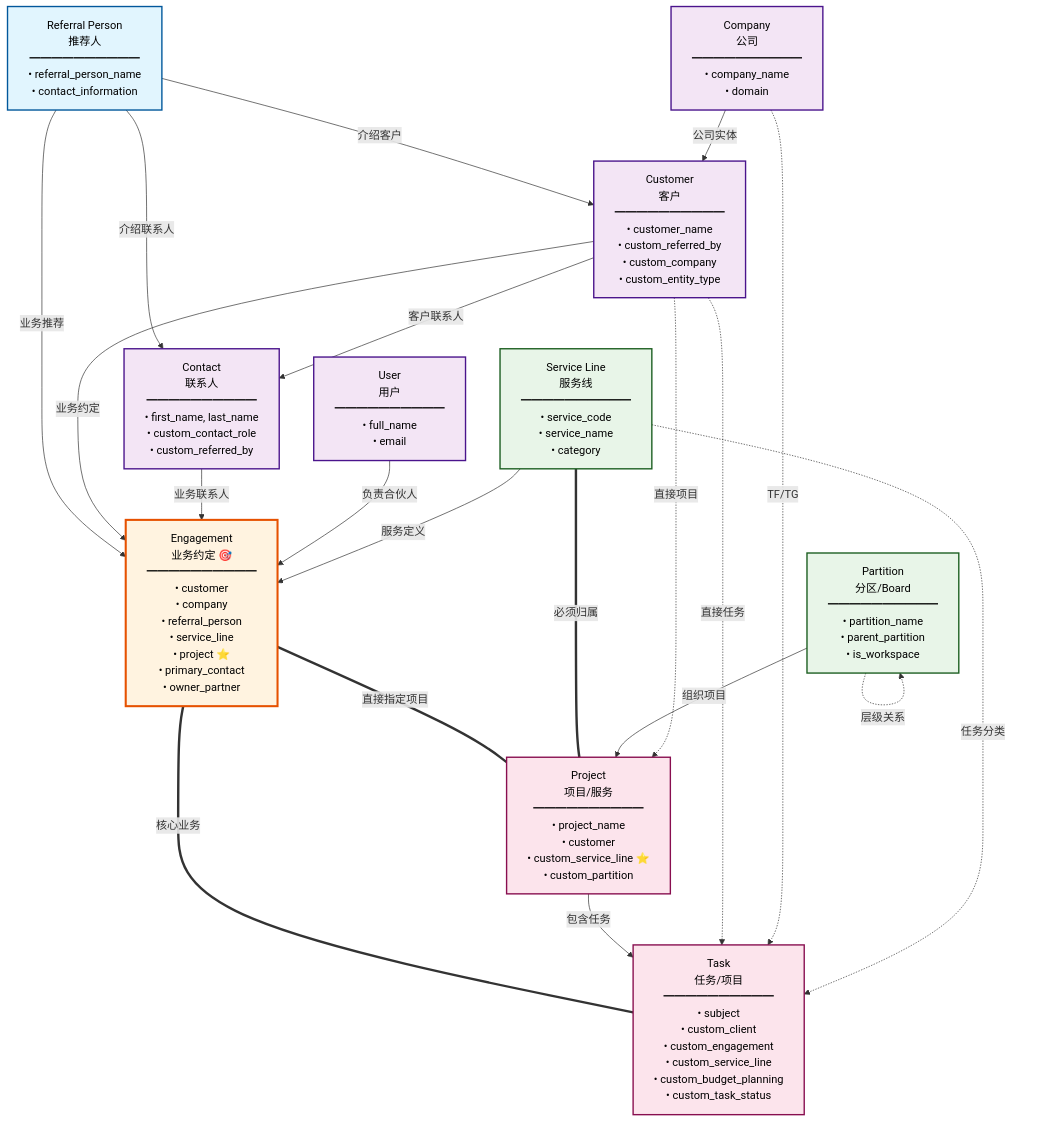
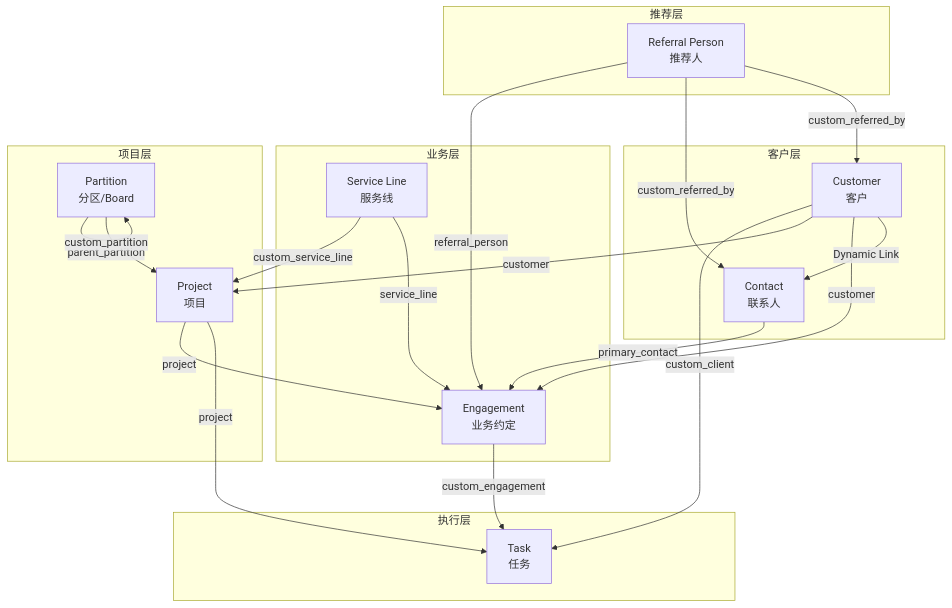
The first of 9 diagrams in smart_accounting_data_architecture.md (Top-Figures-Business-Solution-Pty-Ltd/Smart-Accounting-SaaS-Platform), drawn with Mermaid before and after one commit. The commit also changed other lines of this file, not shown here.

Commit message:
5th update: flowcharts have been drawn

````diff
--- a/smart_accounting_data_architecture.md
+++ b/smart_accounting_data_architecture.md
@@ -5,75 +5,54 @@
 ```mermaid
-flowchart TD
-    %% 定义样式
-    classDef referralClass fill:#e1f5fe,stroke:#01579b,stroke-width:2px,color:#000
-    classDef customerClass fill:#f3e5f5,stroke:#4a148c,stroke-width:2px,color:#000
-    classDef engagementClass fill:#fff3e0,stroke:#e65100,stroke-width:3px,color:#000
-    classDef serviceClass fill:#e8f5e8,stroke:#1b5e20,stroke-width:2px,color:#000
-    classDef executionClass fill:#fce4ec,stroke:#880e4f,stroke-width:2px,color:#000
+flowchart TB
+    subgraph 推荐层
+        RP[Referral Person<br/>推荐人]
+    end
     
-    %% 第一层：推荐源头
-    RP[Referral Person<br/>推荐人<br/>━━━━━━━━━━<br/>• referral_person_name<br/>• contact_information]
+    subgraph 客户层
+        CUS[Customer<br/>客户]
+        CON[Contact<br/>联系人]
+    end
     
-    %% 第二层：客户和联系人
-    CUS[Customer<br/>客户<br/>━━━━━━━━━━<br/>• customer_name<br/>• custom_referred_by<br/>• custom_company<br/>• custom_entity_type]
+    subgraph 业务层
+        ENG[Engagement<br/>业务约定]
+        SL[Service Line<br/>服务线]
+    end
     
-    CON[Contact<br/>联系人<br/>━━━━━━━━━━<br/>• first_name, last_name<br/>• custom_contact_role<br/>• custom_referred_by]
+    subgraph 项目层
+        PAR[Partition<br/>分区/Board]
+        PRO[Project<br/>项目]
+    end
     
-    COMP[Company<br/>公司<br/>━━━━━━━━━━<br/>• company_name<br/>• domain]
+    subgraph 执行层
+        TASK[Task<br/>任务]
+    end
     
-    USER[User<br/>用户<br/>━━━━━━━━━━<br/>• full_name<br/>• email]
+    %% Referral Person 关系
+    RP -->|custom_referred_by| CUS
+    RP -->|custom_referred_by| CON
+    RP -->|referral_person| ENG
     
-    %% 第三层：业务约定（核心枢纽）
-    ENG[Engagement<br/>业务约定 🎯<br/>━━━━━━━━━━<br/>• customer<br/>• company<br/>• referral_person<br/>• service_line<br/>• project ⭐<br/>• primary_contact<br/>• owner_partner]
+    %% Customer 关系
+    CUS -->|Dynamic Link| CON
+    CUS -->|customer| ENG
+    CUS -->|customer| PRO
+    CUS -->|custom_client| TASK
     
-    %% 第四层：服务组织
-    SL[Service Line<br/>服务线<br/>━━━━━━━━━━<br/>• service_code<br/>• service_name<br/>• category]
+    %% Contact 关系
+    CON -->|primary_contact| ENG
     
-    PAR[Partition<br/>分区/Board<br/>━━━━━━━━━━<br/>• partition_name<br/>• parent_partition<br/>• is_workspace]
+    %% Service Line 关系
+    SL -->|service_line| ENG
+    SL -->|custom_service_line| PRO
     
-    %% 第五层：项目执行
-    PRO[Project<br/>项目/服务<br/>━━━━━━━━━━<br/>• project_name<br/>• customer<br/>• custom_service_line ⭐<br/>• custom_partition]
+    %% Partition 关系
+    PAR -->|parent_partition| PAR
+    PAR -->|custom_partition| PRO
     
-    %% 第六层：任务执行
-    TASK[Task<br/>任务/项目<br/>━━━━━━━━━━<br/>• subject<br/>• custom_client<br/>• custom_engagement<br/>• custom_service_line<br/>• custom_budget_planning<br/>• custom_task_status]
+    %% Project 关系
+    PRO -->|project| TASK
+    PRO -->|project| ENG
     
-    %% 推荐流程 - 蓝色
-    RP -->|介绍客户| CUS
-    RP -->|介绍联系人| CON
-    RP -->|业务推荐| ENG
-    
-    %% 客户管理 - 紫色
-    COMP -->|公司实体| CUS
-    CUS -->|客户联系人| CON
-    CUS -->|业务约定| ENG
-    CON -->|业务联系人| ENG
-    USER -->|负责合伙人| ENG
-    
-    %% 服务交付 - 橙色（核心流程）
-    ENG ===|直接指定项目| PRO
-    ENG ===|核心业务| TASK
-    
-    %% 服务组织 - 绿色（新的清晰层级）
-    SL -->|服务定义| ENG
-    SL ===|必须归属| PRO
-    
-    %% 项目层级 - 粉色
-    PAR -->|组织项目| PRO
-    PRO -->|包含任务| TASK
-    
-    %% 直接关联 - 虚线
-    CUS -.->|直接项目| PRO
-    CUS -.->|直接任务| TASK
-    COMP -.->|TF/TG| TASK
-    SL -.->|任务分类| TASK
-    
-    %% 自引用
-    PAR -.->|层级关系| PAR
-    
-    %% 应用样式
-    class RP referralClass
-    class CUS,CON,COMP,USER customerClass
-    class ENG engagementClass
-    class SL,PAR serviceClass
-    class PRO,TASK executionClass
+    %% Engagement 关系
+    ENG -->|custom_engagement| TASK
 ```
````
